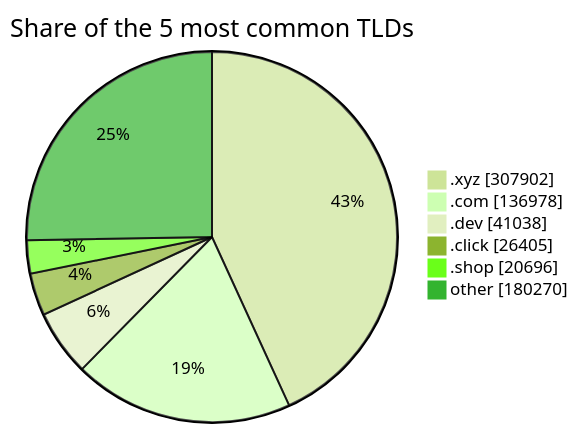
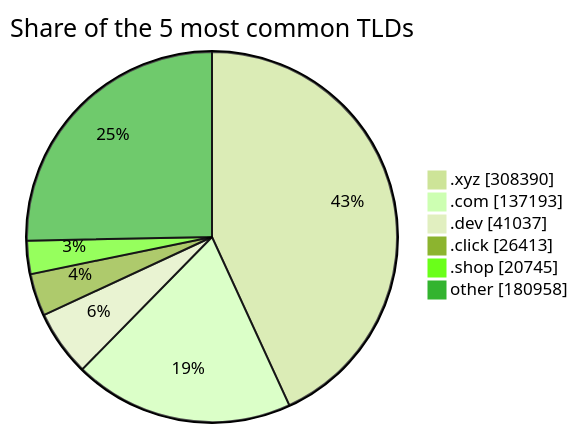
Before and after one commit to DNSBunker/CTI: the third of 3 diagrams in README.md, drawn with Mermaid (forest theme). The commit also changed other lines of this file and 3 other files, not shown here.

````diff
--- a/README.md
+++ b/README.md
@@ -81,9 +81,9 @@
 ```mermaid
 pie showData title Share of the 5 most common TLDs
-    ".xyz" : 307902
-    ".com" : 136978
-    ".dev" : 41038
-    ".click" : 26405
-    ".shop" : 20696
-    "other" : 180270
+    ".xyz" : 308390
+    ".com" : 137193
+    ".dev" : 41037
+    ".click" : 26413
+    ".shop" : 20745
+    "other" : 180958
 ```
````
